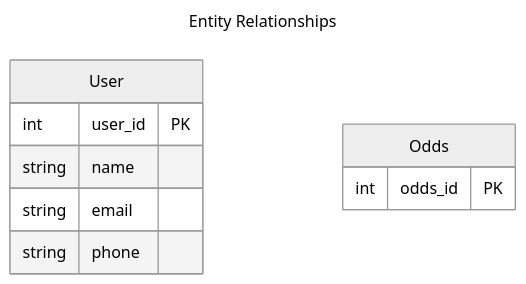
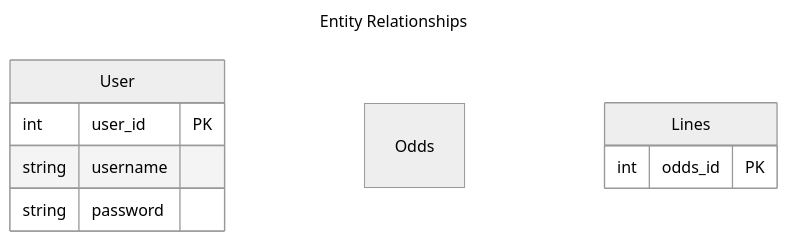
The second of 3 diagrams in README.md (TGrim-03/March-Madness-Bets), drawn with Mermaid (neutral theme) before and after one commit. The commit also changed other lines of this file, not shown here.

Commit message:
README update 1

````diff
--- a/README.md
+++ b/README.md
@@ -73,20 +73,19 @@
 ```mermaid
 ---
 title: Entity Relationships
 ---
 erDiagram
     User 
     Odds 
 
     User {
         int user_id PK
-        string name
-        string email
-        string phone
+        string username
+        string password
     }
 
-    Odds {
+    Lines {
         int odds_id PK
     }
 
 ```
````
